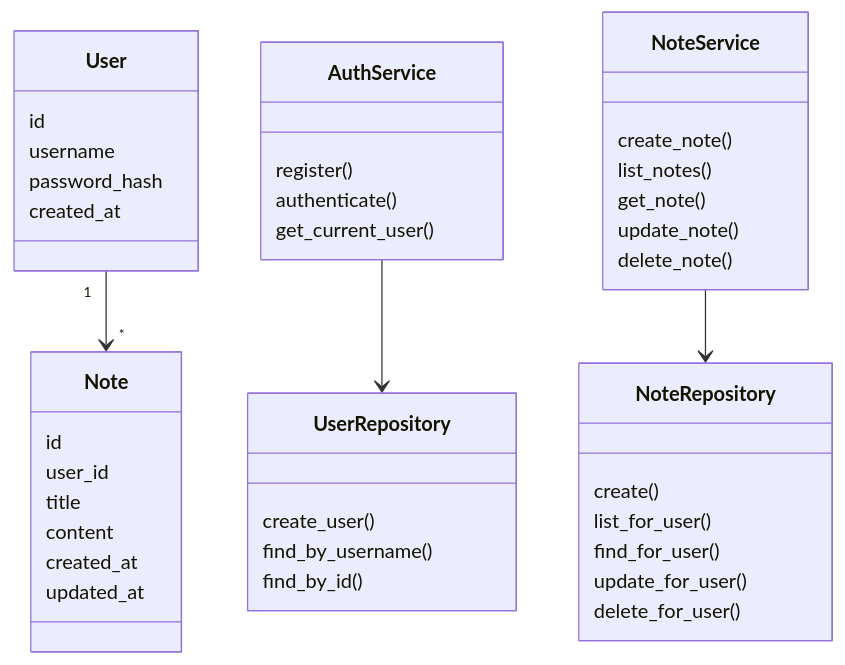
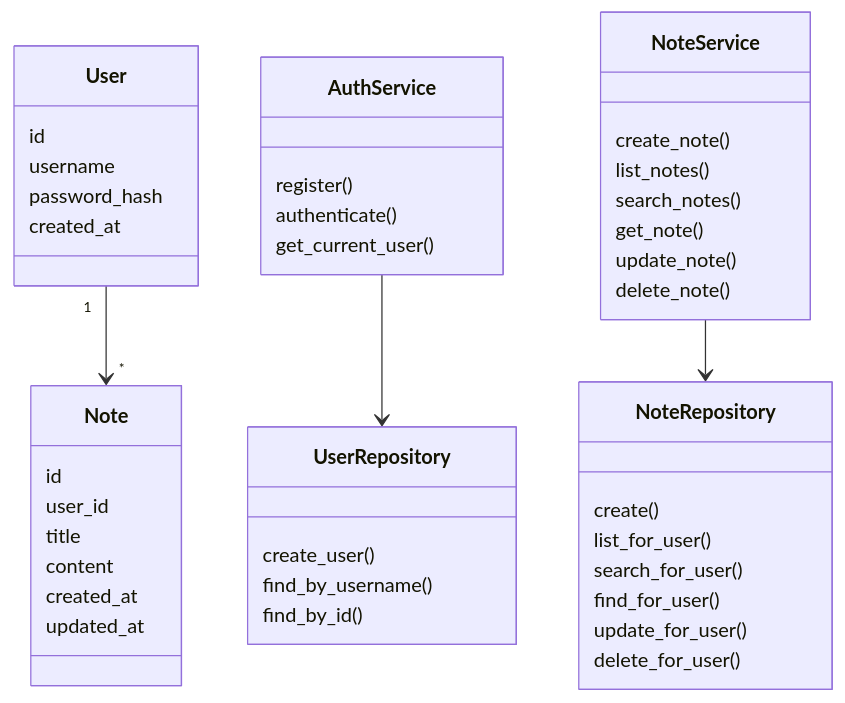
One commit to ZYP66666/Astranote changed the first of 3 diagrams in docs/04_UML_AND_DESIGN.md. Above: the diagram before and after it, drawn with Mermaid. The commit also changed other lines of this file and 16 other files, not shown here.

````diff
--- a/docs/04_UML_AND_DESIGN.md
+++ b/docs/04_UML_AND_DESIGN.md
@@ -27,50 +27,52 @@
 ```mermaid
 classDiagram
     class User {
         id
         username
         password_hash
         created_at
     }
 
     class Note {
         id
         user_id
         title
         content
         created_at
         updated_at
     }
 
     class AuthService {
         register()
         authenticate()
         get_current_user()
     }
 
     class NoteService {
         create_note()
         list_notes()
+        search_notes()
         get_note()
         update_note()
         delete_note()
     }
 
     class UserRepository {
         create_user()
         find_by_username()
         find_by_id()
     }
 
     class NoteRepository {
         create()
         list_for_user()
+        search_for_user()
         find_for_user()
         update_for_user()
         delete_for_user()
     }
 
     User "1" --> "*" Note
     AuthService --> UserRepository
     NoteService --> NoteRepository
 ```
````
